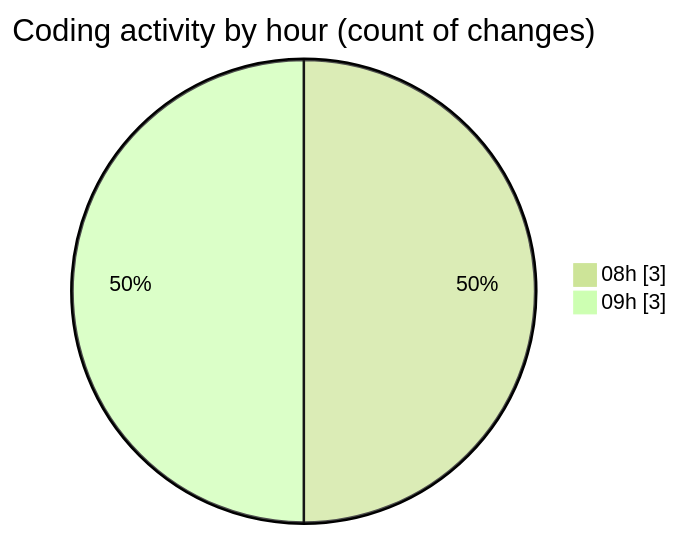
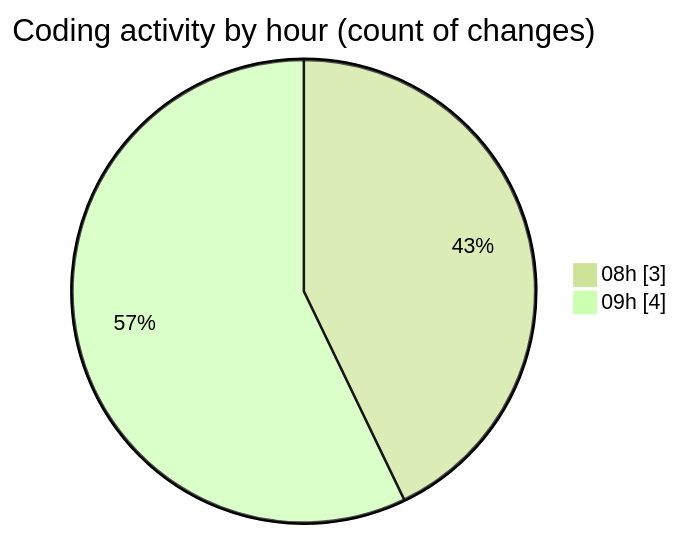
One commit to Unknowalive/code-tracking changed the second of 2 diagrams in 2026-09-03/web_tec_2026/README.md. Above: the diagram before and after it, drawn with Mermaid (forest theme). The commit also changed other lines of this file and 1 other file, not shown here.

````diff
--- a/2026-09-03/web_tec_2026/README.md
+++ b/2026-09-03/web_tec_2026/README.md
@@ -34,6 +35,6 @@
 ```mermaid
 pie showData
 title Coding activity by hour (count of changes)
 "08h" : 3
-"09h" : 3
+"09h" : 4
 ```
````
